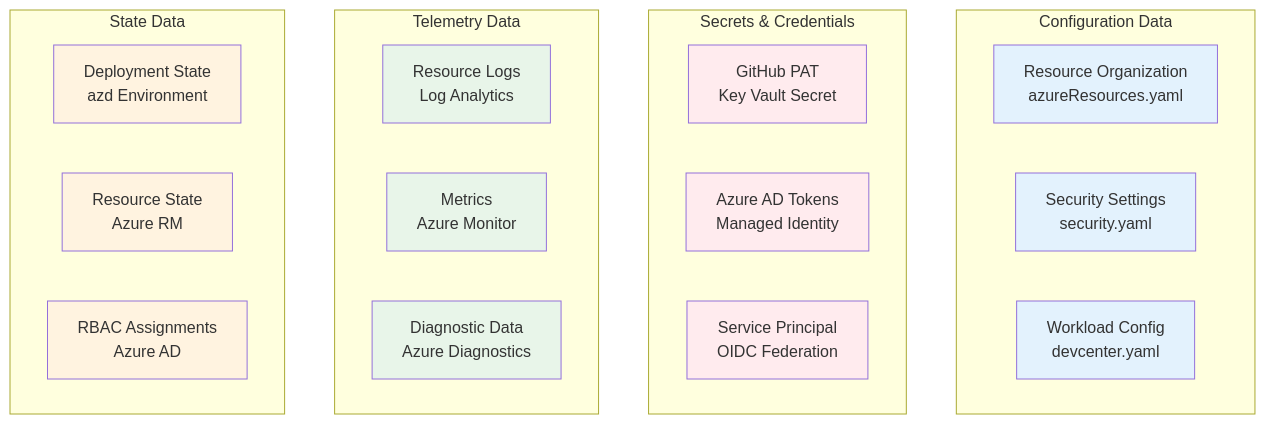
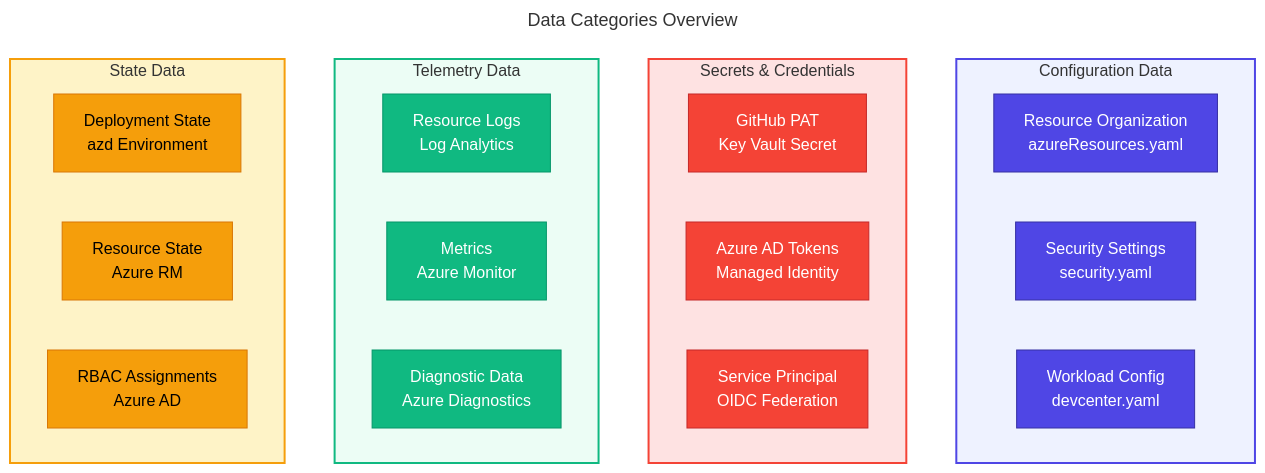
One commit to Evilazaro/DevExp-DevBox changed the first of 8 diagrams in docs/architecture/02-data-architecture.md. Above: the diagram before and after it, drawn with Mermaid. The commit also changed 1 other file, not shown here.

Commit message:
Refactor KPI and Data Categories diagrams in Business and Data Architecture documentation for improved clarity and navigation by enhancing node relationships, class definitions, and styles.

````diff
--- a/docs/architecture/02-data-architecture.md
+++ b/docs/architecture/02-data-architecture.md
@@ -57,39 +57,51 @@
 ```mermaid
+---
+title: Data Categories Overview
+---
 graph TB
-    subgraph "Configuration Data"
-        CD1[Resource Organization<br/>azureResources.yaml]
-        CD2[Security Settings<br/>security.yaml]
-        CD3[Workload Config<br/>devcenter.yaml]
+    %% ===== CONFIGURATION DATA =====
+    subgraph configData["Configuration Data"]
+        CD1["Resource Organization<br/>azureResources.yaml"]
+        CD2["Security Settings<br/>security.yaml"]
+        CD3["Workload Config<br/>devcenter.yaml"]
     end
     
-    subgraph "Secrets & Credentials"
-        SC1[GitHub PAT<br/>Key Vault Secret]
-        SC2[Azure AD Tokens<br/>Managed Identity]
-        SC3[Service Principal<br/>OIDC Federation]
+    %% ===== SECRETS & CREDENTIALS =====
+    subgraph secretsData["Secrets & Credentials"]
+        SC1["GitHub PAT<br/>Key Vault Secret"]
+        SC2["Azure AD Tokens<br/>Managed Identity"]
+        SC3["Service Principal<br/>OIDC Federation"]
     end
     
-    subgraph "Telemetry Data"
-        TD1[Resource Logs<br/>Log Analytics]
-        TD2[Metrics<br/>Azure Monitor]
-        TD3[Diagnostic Data<br/>Azure Diagnostics]
+    %% ===== TELEMETRY DATA =====
+    subgraph telemetryData["Telemetry Data"]
+        TD1["Resource Logs<br/>Log Analytics"]
+        TD2["Metrics<br/>Azure Monitor"]
+        TD3["Diagnostic Data<br/>Azure Diagnostics"]
     end
     
-    subgraph "State Data"
-        ST1[Deployment State<br/>azd Environment]
-        ST2[Resource State<br/>Azure RM]
-        ST3[RBAC Assignments<br/>Azure AD]
+    %% ===== STATE DATA =====
+    subgraph stateData["State Data"]
+        ST1["Deployment State<br/>azd Environment"]
+        ST2["Resource State<br/>Azure RM"]
+        ST3["RBAC Assignments<br/>Azure AD"]
     end
     
-    style CD1 fill:#E3F2FD
-    style CD2 fill:#E3F2FD
-    style CD3 fill:#E3F2FD
-    style SC1 fill:#FFEBEE
-    style SC2 fill:#FFEBEE
-    style SC3 fill:#FFEBEE
-    style TD1 fill:#E8F5E9
-    style TD2 fill:#E8F5E9
-    style TD3 fill:#E8F5E9
-    style ST1 fill:#FFF3E0
-    style ST2 fill:#FFF3E0
-    style ST3 fill:#FFF3E0
+    %% ===== CLASS DEFINITIONS =====
+    classDef primary fill:#4F46E5,stroke:#3730A3,color:#FFFFFF
+    classDef security fill:#F44336,stroke:#C62828,color:#FFFFFF
+    classDef secondary fill:#10B981,stroke:#059669,color:#FFFFFF
+    classDef datastore fill:#F59E0B,stroke:#D97706,color:#000000
+    
+    %% ===== CLASS ASSIGNMENTS =====
+    class CD1,CD2,CD3 primary
+    class SC1,SC2,SC3 security
+    class TD1,TD2,TD3 secondary
+    class ST1,ST2,ST3 datastore
+    
+    %% ===== SUBGRAPH STYLES =====
+    style configData fill:#EEF2FF,stroke:#4F46E5,stroke-width:2px
+    style secretsData fill:#FEE2E2,stroke:#F44336,stroke-width:2px
+    style telemetryData fill:#ECFDF5,stroke:#10B981,stroke-width:2px
+    style stateData fill:#FEF3C7,stroke:#F59E0B,stroke-width:2px
 ```
````
